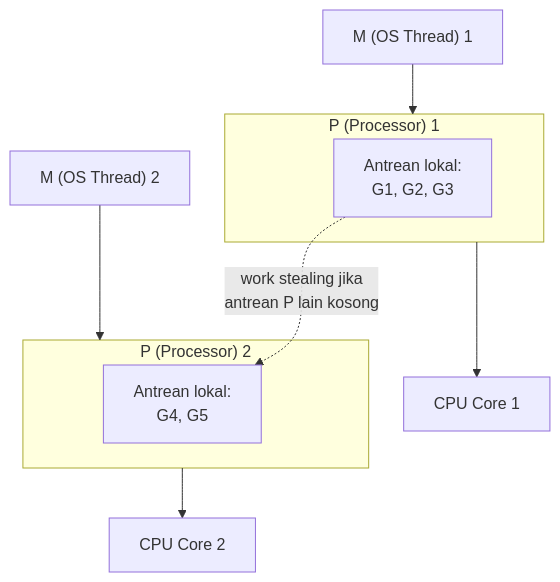
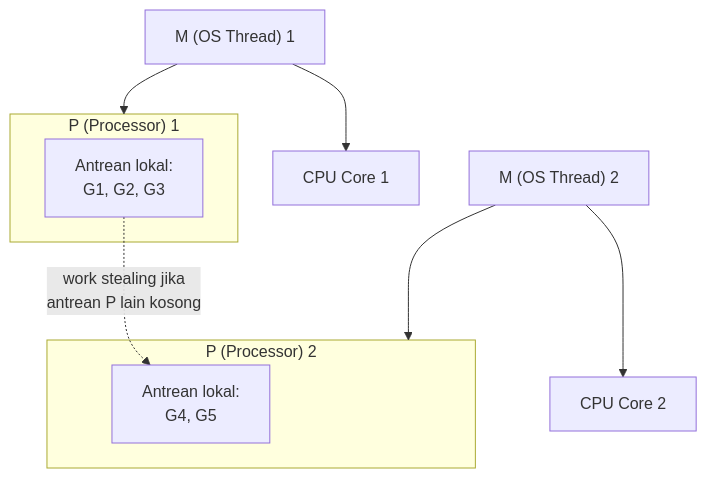
The diagram in 50 Concurrency and Performance/Goroutine Scheduler (GMP).md (firmanains/backend-engineering-vault), drawn with Mermaid before and after one commit. The commit also changed other lines of this file and 18 other files, not shown here.

````diff
--- a/50 Concurrency and Performance/Goroutine Scheduler (GMP).md
+++ b/50 Concurrency and Performance/Goroutine Scheduler (GMP).md
@@ -33,14 +33,14 @@
 ```mermaid
 flowchart TD
     subgraph P1["P (Processor) 1"]
         Q1["Antrean lokal:\nG1, G2, G3"]
     end
     subgraph P2["P (Processor) 2"]
         Q2["Antrean lokal:\nG4, G5"]
     end
     M1["M (OS Thread) 1"] --> P1
     M2["M (OS Thread) 2"] --> P2
-    P1 --> CPU1["CPU Core 1"]
-    P2 --> CPU2["CPU Core 2"]
+    M1 --> CPU1["CPU Core 1"]
+    M2 --> CPU2["CPU Core 2"]
     Q1 -.->|"work stealing jika\nantrean P lain kosong"| Q2
 ```
````
